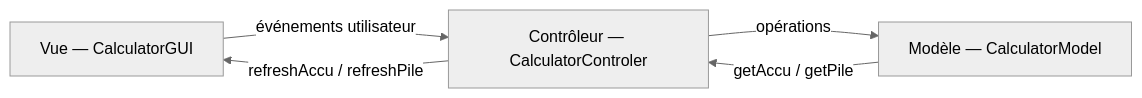
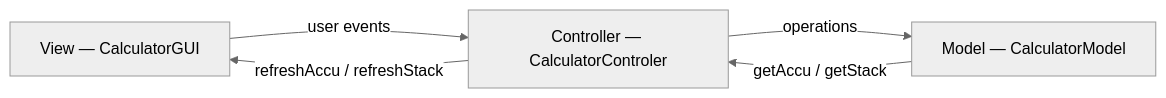
The diagram in README.md (romainsebire/rpn-calculator-javafx), drawn with Mermaid (neutral theme) before and after one commit. The commit also changed other lines of this file and 7 other files, not shown here.

````diff
--- a/README.md
+++ b/README.md
@@ -56,7 +56,7 @@
 ```mermaid
 graph LR
-    V[Vue — CalculatorGUI] -->|événements utilisateur| C[Contrôleur — CalculatorControler]
-    C -->|opérations| M[Modèle — CalculatorModel]
-    C -->|refreshAccu / refreshPile| V
-    M -->|getAccu / getPile| C
+    V[View — CalculatorGUI] -->|user events| C[Controller — CalculatorControler]
+    C -->|operations| M[Model — CalculatorModel]
+    C -->|refreshAccu / refreshStack| V
+    M -->|getAccu / getStack| C
 ```
````
